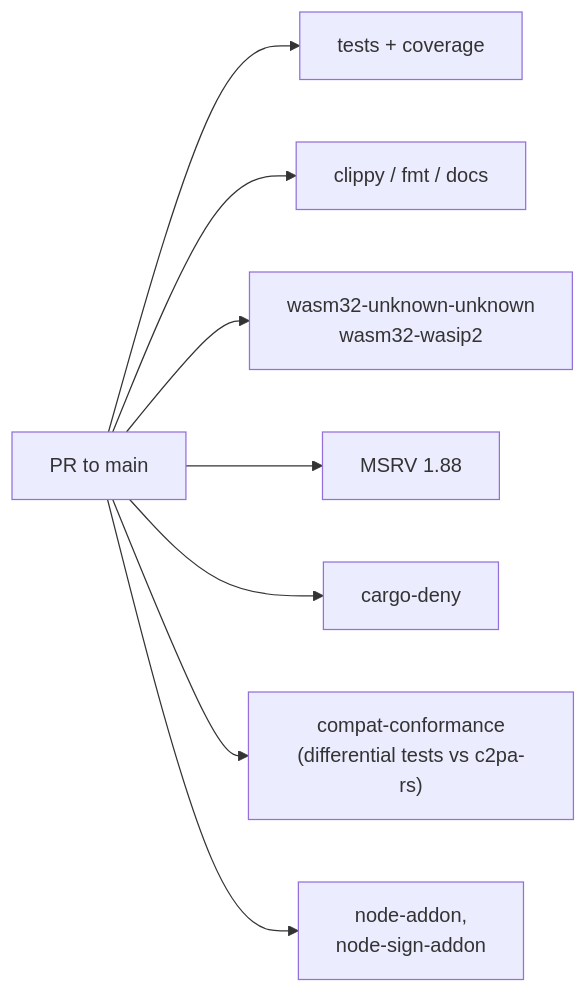
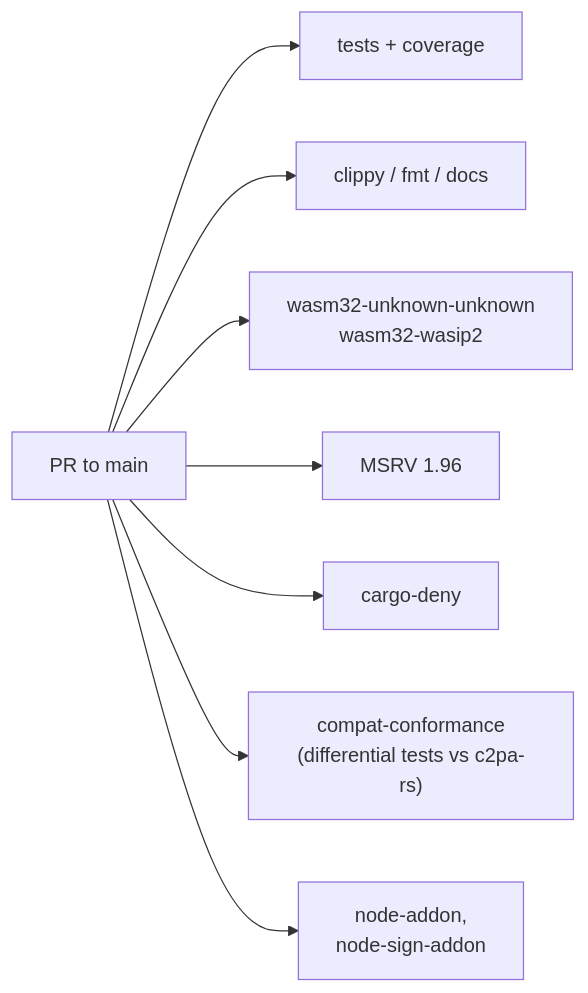
The second of 2 diagrams in docs/walkthrough/07-proof-and-ci.md (scouten/state-machine-experiment), drawn with Mermaid before and after one commit. The commit also changed other lines of this file and 17 other files, not shown here.

````diff
--- a/docs/walkthrough/07-proof-and-ci.md
+++ b/docs/walkthrough/07-proof-and-ci.md
@@ -39,10 +39,10 @@
 ```mermaid
 flowchart LR
     PR[PR to main] --> T[tests + coverage]
     PR --> L["clippy / fmt / docs"]
     PR --> W["wasm32-unknown-unknown<br/>wasm32-wasip2"]
-    PR --> M[MSRV 1.88]
+    PR --> M[MSRV 1.96]
     PR --> D[cargo-deny]
     PR --> C["compat-conformance<br/>(differential tests vs c2pa-rs)"]
     PR --> N["node-addon,<br/>node-sign-addon"]
 ```
````
